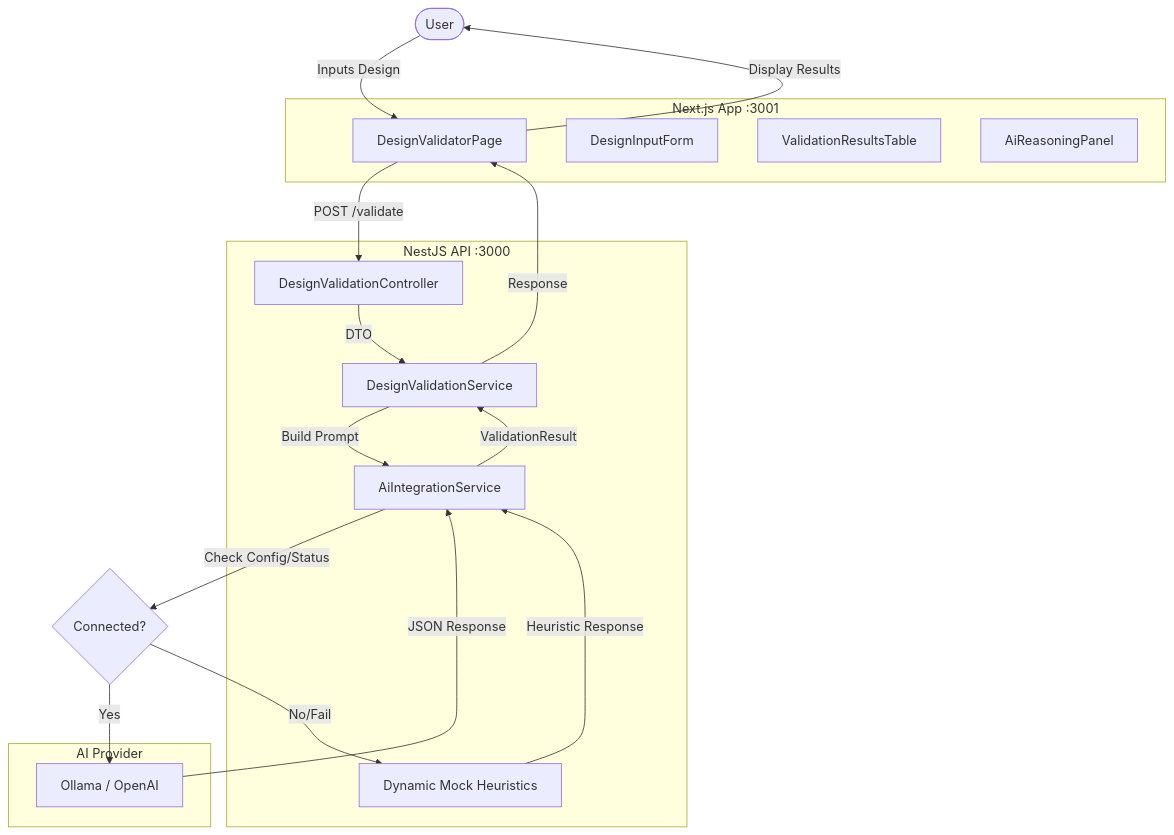
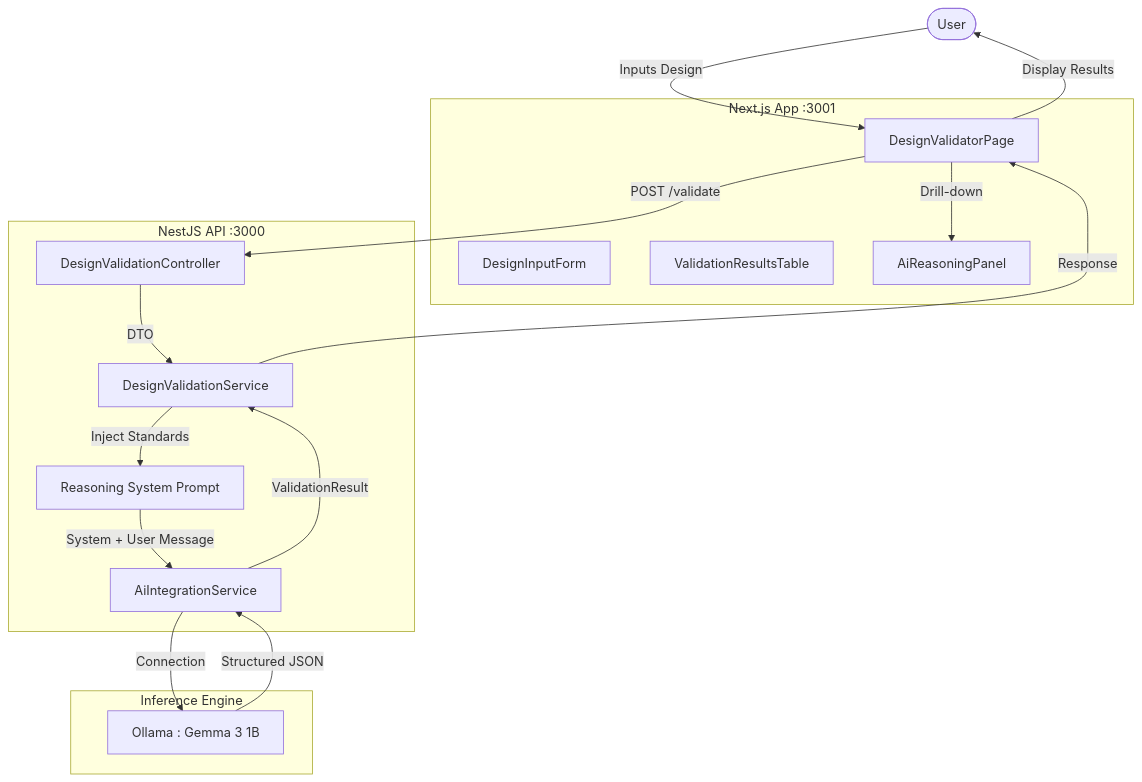
The diagram in architecture.mmd (Akaash2004/CableDesign), drawn with Mermaid before and after one commit. The commit also changed 1 other file, not shown here.

```diff
--- a/architecture.mmd
+++ b/architecture.mmd
@@ -1,37 +1,34 @@
 graph TD
     User([User])
     
     subgraph Frontend [Next.js App :3001]
         UI[DesignValidatorPage]
         Form[DesignInputForm]
         Table[ValidationResultsTable]
         Panel[AiReasoningPanel]
     end
 
     subgraph Backend [NestJS API :3000]
         Controller[DesignValidationController]
         Service[DesignValidationService]
         AIService[AiIntegrationService]
-        MockEngine[Dynamic Mock Heuristics]
+        PromptEngine[Reasoning System Prompt]
     end
 
-    subgraph External [AI Provider]
-        LLM[Ollama / OpenAI]
+    subgraph External [Inference Engine]
+        LLM[Ollama : Gemma 3 1B]
     end
 
     User -->|Inputs Design| UI
     UI -->|POST /validate| Controller
     Controller -->|DTO| Service
-    Service -->|Build Prompt| AIService
+    Service -->|Inject Standards| PromptEngine
+    PromptEngine -->|System + User Message| AIService
     
-    AIService -->|Check Config/Status| Connection{Connected?}
-    
-    Connection -- Yes --> LLM
-    LLM -->|JSON Response| AIService
-    
-    Connection -- No/Fail --> MockEngine
-    MockEngine -->|Heuristic Response| AIService
+    AIService -->|Connection| LLM
+    LLM -->|Structured JSON| AIService
     
     AIService -->|ValidationResult| Service
     Service -->|Response| UI
     UI -->|Display Results| User
+    UI -->|Drill-down| Panel
```
